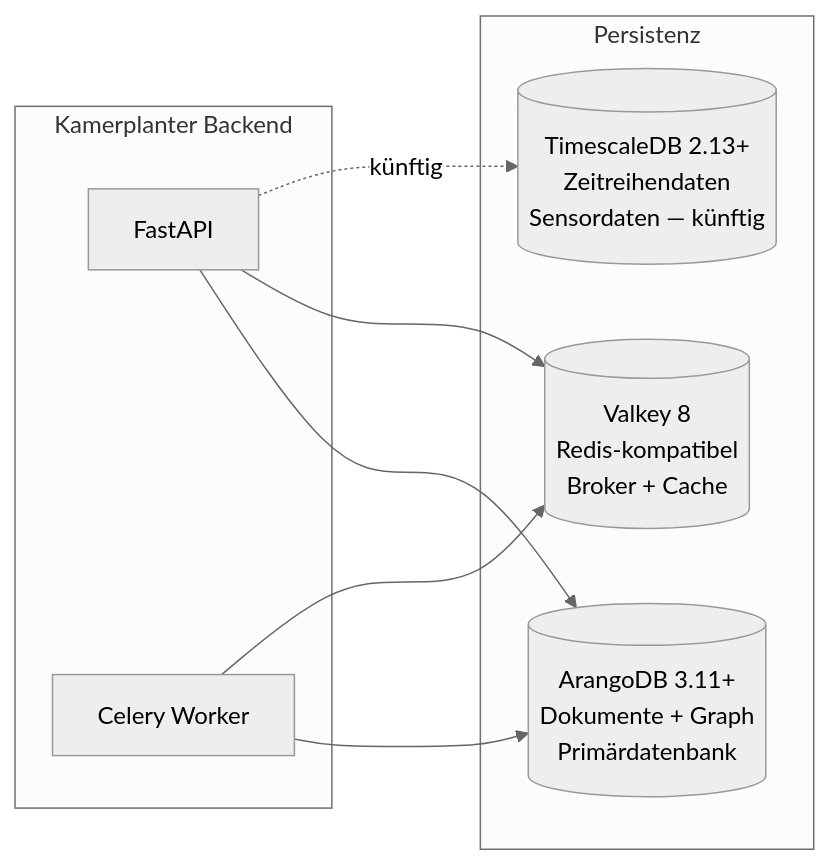
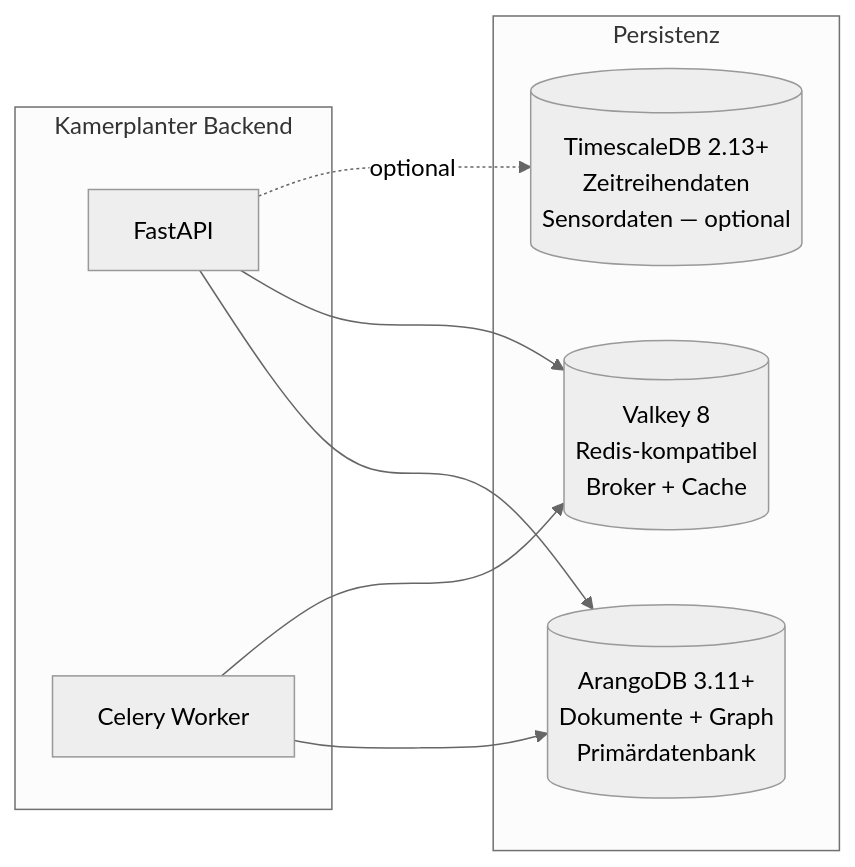
Before and after one commit to nolte/kamerplanter: the first of 2 diagrams in docs/de/architecture/database.md, drawn with Mermaid (neutral theme). The commit also changed other lines of this file and 671 other files, not shown here.

````diff
--- a/docs/de/architecture/database.md
+++ b/docs/de/architecture/database.md
@@ -9,19 +9,19 @@
 ```mermaid
 graph LR
     subgraph "Kamerplanter Backend"
         API["FastAPI"]
         WRK["Celery Worker"]
     end
 
     subgraph "Persistenz"
         ARANGO[("ArangoDB 3.11+\nDokumente + Graph\nPrimärdatenbank")]
-        TSDB[("TimescaleDB 2.13+\nZeitreihendaten\nSensordaten — künftig")]
+        TSDB[("TimescaleDB 2.13+\nZeitreihendaten\nSensordaten — optional")]
         VK[("Valkey 8\nRedis-kompatibel\nBroker + Cache")]
     end
 
     API --> ARANGO
     API --> VK
     WRK --> ARANGO
     WRK --> VK
-    API -.->|"künftig"| TSDB
+    API -.->|"optional"| TSDB
 ```
````
